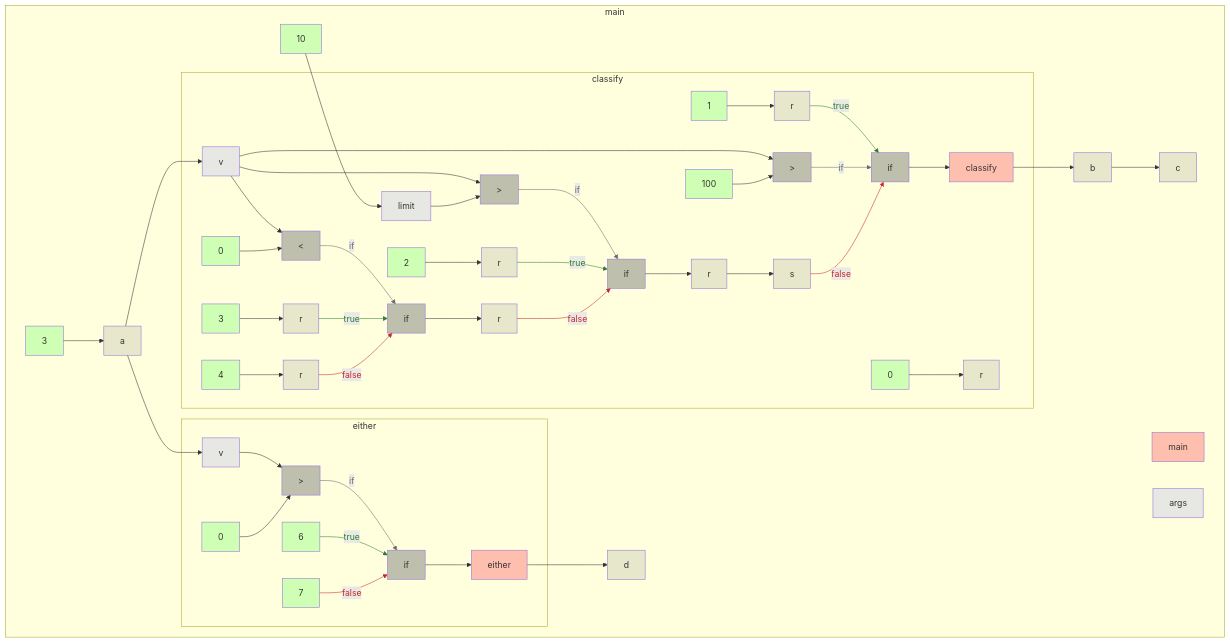
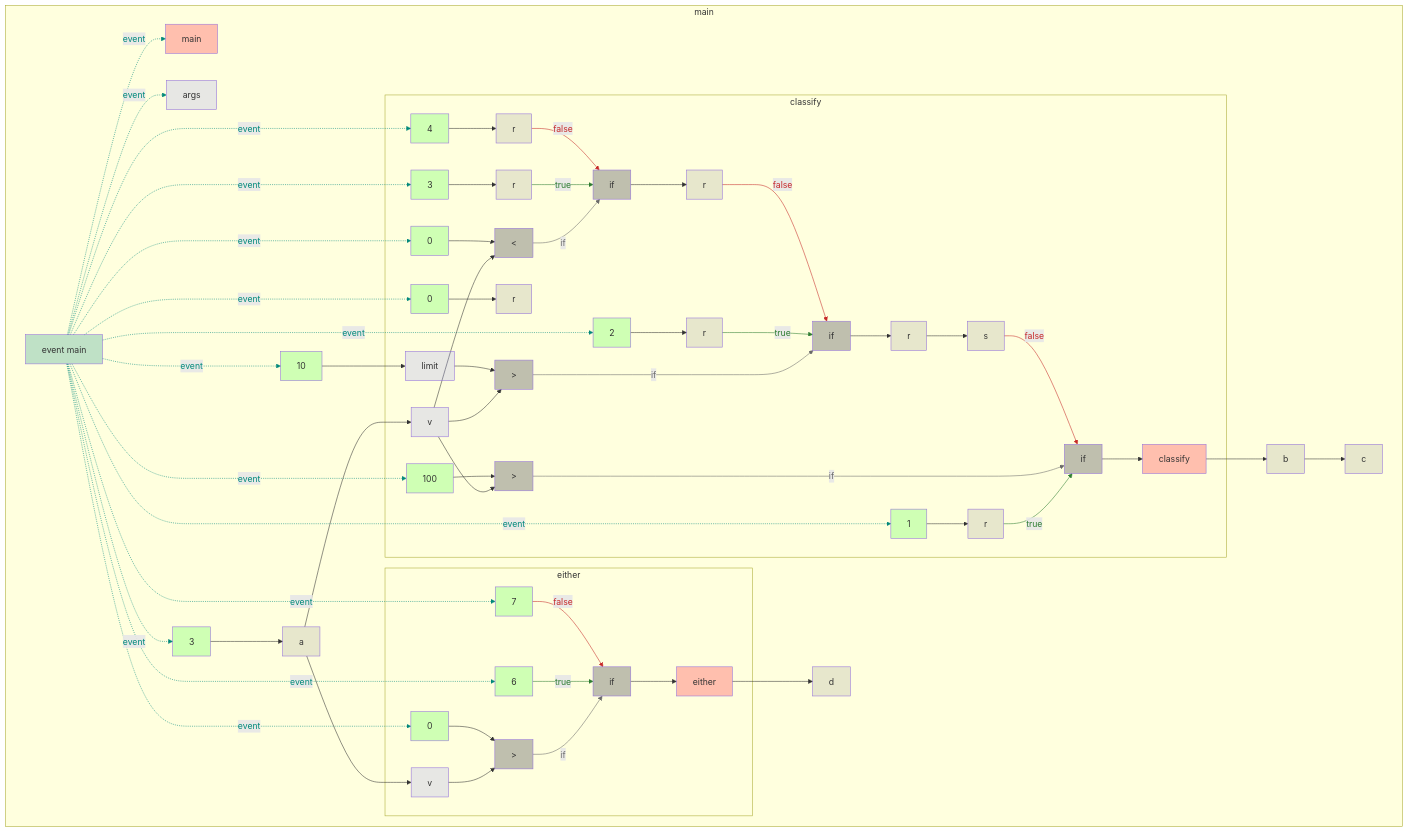
One commit to gstiebler/codeflow changed the diagram in app/src/test/resources/if2/snapshot.md. Above: the diagram before and after it, drawn with Mermaid. The commit also changed 77 other files, not shown here.

````diff
--- a/app/src/test/resources/if2/snapshot.md
+++ b/app/src/test/resources/if2/snapshot.md
@@ -1,99 +1,128 @@
 ```mermaid
 flowchart TD
   subgraph b0["main"]
-    n1[main]:::RETURN
-    n2[args]:::FUNC_PARAM
-    n3[3]:::LITERAL
-    n4[a]:::VARIABLE
-    n5[10]:::LITERAL
-    n31[b]:::VARIABLE
-    n32[c]:::VARIABLE
-    n41[d]:::VARIABLE
-    n3[3]:::LITERAL --> n4[a]:::VARIABLE
-    n4[a]:::VARIABLE --> n8[v]:::FUNC_PARAM
-    n4[a]:::VARIABLE --> n35[v]:::FUNC_PARAM
-    n5[10]:::LITERAL --> n9[limit]:::FUNC_PARAM
-    n31[b]:::VARIABLE --> n32[c]:::VARIABLE
-    n7[classify]:::RETURN --> n31[b]:::VARIABLE
-    n34[either]:::RETURN --> n41[d]:::VARIABLE
-    subgraph b6["classify"]
-      n7[classify]:::RETURN
-      n8[v]:::FUNC_PARAM
-      n9[limit]:::FUNC_PARAM
-      n10[0]:::LITERAL
-      n11[r]:::VARIABLE
-      n12[>]:::BIN_OP
-      n13[1]:::LITERAL
-      n14[r]:::VARIABLE
-      n15[100]:::LITERAL
-      n16[>]:::BIN_OP
-      n17[2]:::LITERAL
-      n18[r]:::VARIABLE
-      n19[0]:::LITERAL
-      n20[<]:::BIN_OP
-      n21[3]:::LITERAL
-      n22[r]:::VARIABLE
-      n23[4]:::LITERAL
-      n24[r]:::VARIABLE
-      n25[if]:::BIN_OP
-      n26[r]:::VARIABLE
-      n27[if]:::BIN_OP
-      n28[r]:::VARIABLE
-      n29[s]:::VARIABLE
-      n30[if]:::BIN_OP
-      n8[v]:::FUNC_PARAM --> n12[>]:::BIN_OP
-      n8[v]:::FUNC_PARAM --> n16[>]:::BIN_OP
-      n8[v]:::FUNC_PARAM --> n20[<]:::BIN_OP
-      n9[limit]:::FUNC_PARAM --> n12[>]:::BIN_OP
-      n10[0]:::LITERAL --> n11[r]:::VARIABLE
-      n12[>]:::BIN_OP -->|if| n27[if]:::BIN_OP
-      n13[1]:::LITERAL --> n14[r]:::VARIABLE
-      n14[r]:::VARIABLE -->|true| n30[if]:::BIN_OP
-      n15[100]:::LITERAL --> n16[>]:::BIN_OP
-      n16[>]:::BIN_OP -->|if| n30[if]:::BIN_OP
-      n17[2]:::LITERAL --> n18[r]:::VARIABLE
-      n18[r]:::VARIABLE -->|true| n27[if]:::BIN_OP
-      n19[0]:::LITERAL --> n20[<]:::BIN_OP
-      n20[<]:::BIN_OP -->|if| n25[if]:::BIN_OP
-      n21[3]:::LITERAL --> n22[r]:::VARIABLE
-      n22[r]:::VARIABLE -->|true| n25[if]:::BIN_OP
-      n23[4]:::LITERAL --> n24[r]:::VARIABLE
-      n24[r]:::VARIABLE -->|false| n25[if]:::BIN_OP
-      n25[if]:::BIN_OP --> n26[r]:::VARIABLE
-      n26[r]:::VARIABLE -->|false| n27[if]:::BIN_OP
-      n27[if]:::BIN_OP --> n28[r]:::VARIABLE
-      n28[r]:::VARIABLE --> n29[s]:::VARIABLE
-      n29[s]:::VARIABLE -->|false| n30[if]:::BIN_OP
-      n30[if]:::BIN_OP --> n7[classify]:::RETURN
+    n1[event main]:::EVENT
+    n2[main]:::RETURN
+    n3[args]:::FUNC_PARAM
+    n4[3]:::LITERAL
+    n5[a]:::VARIABLE
+    n6[10]:::LITERAL
+    n32[b]:::VARIABLE
+    n33[c]:::VARIABLE
+    n42[d]:::VARIABLE
+    n1[event main]:::EVENT -. event .-> n2[main]:::RETURN
+    n1[event main]:::EVENT -. event .-> n3[args]:::FUNC_PARAM
+    n1[event main]:::EVENT -. event .-> n4[3]:::LITERAL
+    n1[event main]:::EVENT -. event .-> n6[10]:::LITERAL
+    n1[event main]:::EVENT -. event .-> n11[0]:::LITERAL
+    n1[event main]:::EVENT -. event .-> n14[1]:::LITERAL
+    n1[event main]:::EVENT -. event .-> n16[100]:::LITERAL
+    n1[event main]:::EVENT -. event .-> n18[2]:::LITERAL
+    n1[event main]:::EVENT -. event .-> n20[0]:::LITERAL
+    n1[event main]:::EVENT -. event .-> n22[3]:::LITERAL
+    n1[event main]:::EVENT -. event .-> n24[4]:::LITERAL
+    n1[event main]:::EVENT -. event .-> n37[0]:::LITERAL
+    n1[event main]:::EVENT -. event .-> n39[6]:::LITERAL
+    n1[event main]:::EVENT -. event .-> n40[7]:::LITERAL
+    n4[3]:::LITERAL --> n5[a]:::VARIABLE
+    n5[a]:::VARIABLE --> n9[v]:::FUNC_PARAM
+    n5[a]:::VARIABLE --> n36[v]:::FUNC_PARAM
+    n6[10]:::LITERAL --> n10[limit]:::FUNC_PARAM
+    n32[b]:::VARIABLE --> n33[c]:::VARIABLE
+    n8[classify]:::RETURN --> n32[b]:::VARIABLE
+    n35[either]:::RETURN --> n42[d]:::VARIABLE
+    subgraph b7["classify"]
+      n8[classify]:::RETURN
+      n9[v]:::FUNC_PARAM
+      n10[limit]:::FUNC_PARAM
+      n11[0]:::LITERAL
+      n12[r]:::VARIABLE
+      n13[>]:::BIN_OP
+      n14[1]:::LITERAL
+      n15[r]:::VARIABLE
+      n16[100]:::LITERAL
+      n17[>]:::BIN_OP
+      n18[2]:::LITERAL
+      n19[r]:::VARIABLE
+      n20[0]:::LITERAL
+      n21[<]:::BIN_OP
+      n22[3]:::LITERAL
+      n23[r]:::VARIABLE
+      n24[4]:::LITERAL
+      n25[r]:::VARIABLE
+      n26[if]:::BIN_OP
+      n27[r]:::VARIABLE
+      n28[if]:::BIN_OP
+      n29[r]:::VARIABLE
+      n30[s]:::VARIABLE
+      n31[if]:::BIN_OP
+      n9[v]:::FUNC_PARAM --> n13[>]:::BIN_OP
+      n9[v]:::FUNC_PARAM --> n17[>]:::BIN_OP
+      n9[v]:::FUNC_PARAM --> n21[<]:::BIN_OP
+      n10[limit]:::FUNC_PARAM --> n13[>]:::BIN_OP
+      n11[0]:::LITERAL --> n12[r]:::VARIABLE
+      n13[>]:::BIN_OP -->|if| n28[if]:::BIN_OP
+      n14[1]:::LITERAL --> n15[r]:::VARIABLE
+      n15[r]:::VARIABLE -->|true| n31[if]:::BIN_OP
+      n16[100]:::LITERAL --> n17[>]:::BIN_OP
+      n17[>]:::BIN_OP -->|if| n31[if]:::BIN_OP
+      n18[2]:::LITERAL --> n19[r]:::VARIABLE
+      n19[r]:::VARIABLE -->|true| n28[if]:::BIN_OP
+      n20[0]:::LITERAL --> n21[<]:::BIN_OP
+      n21[<]:::BIN_OP -->|if| n26[if]:::BIN_OP
+      n22[3]:::LITERAL --> n23[r]:::VARIABLE
+      n23[r]:::VARIABLE -->|true| n26[if]:::BIN_OP
+      n24[4]:::LITERAL --> n25[r]:::VARIABLE
+      n25[r]:::VARIABLE -->|false| n26[if]:::BIN_OP
+      n26[if]:::BIN_OP --> n27[r]:::VARIABLE
+      n27[r]:::VARIABLE -->|false| n28[if]:::BIN_OP
+      n28[if]:::BIN_OP --> n29[r]:::VARIABLE
+      n29[r]:::VARIABLE --> n30[s]:::VARIABLE
+      n30[s]:::VARIABLE -->|false| n31[if]:::BIN_OP
+      n31[if]:::BIN_OP --> n8[classify]:::RETURN
     end
-    subgraph b33["either"]
-      n34[either]:::RETURN
-      n35[v]:::FUNC_PARAM
-      n36[0]:::LITERAL
-      n37[>]:::BIN_OP
-      n38[6]:::LITERAL
-      n39[7]:::LITERAL
-      n40[if]:::BIN_OP
-      n35[v]:::FUNC_PARAM --> n37[>]:::BIN_OP
-      n36[0]:::LITERAL --> n37[>]:::BIN_OP
-      n37[>]:::BIN_OP -->|if| n40[if]:::BIN_OP
-      n38[6]:::LITERAL -->|true| n40[if]:::BIN_OP
-      n39[7]:::LITERAL -->|false| n40[if]:::BIN_OP
-      n40[if]:::BIN_OP --> n34[either]:::RETURN
+    subgraph b34["either"]
+      n35[either]:::RETURN
+      n36[v]:::FUNC_PARAM
+      n37[0]:::LITERAL
+      n38[>]:::BIN_OP
+      n39[6]:::LITERAL
+      n40[7]:::LITERAL
+      n41[if]:::BIN_OP
+      n36[v]:::FUNC_PARAM --> n38[>]:::BIN_OP
+      n37[0]:::LITERAL --> n38[>]:::BIN_OP
+      n38[>]:::BIN_OP -->|if| n41[if]:::BIN_OP
+      n39[6]:::LITERAL -->|true| n41[if]:::BIN_OP
+      n40[7]:::LITERAL -->|false| n41[if]:::BIN_OP
+      n41[if]:::BIN_OP --> n35[either]:::RETURN
     end
   end
-  linkStyle 12 stroke:#6a6a6a,color:#6a6a6a
-  linkStyle 14 stroke:#2e7d32,color:#2e7d32
-  linkStyle 16 stroke:#6a6a6a,color:#6a6a6a
-  linkStyle 18 stroke:#2e7d32,color:#2e7d32
-  linkStyle 20 stroke:#6a6a6a,color:#6a6a6a
-  linkStyle 22 stroke:#2e7d32,color:#2e7d32
-  linkStyle 24 stroke:#c62828,color:#c62828
-  linkStyle 26 stroke:#c62828,color:#c62828
-  linkStyle 29 stroke:#c62828,color:#c62828
-  linkStyle 33 stroke:#6a6a6a,color:#6a6a6a
-  linkStyle 34 stroke:#2e7d32,color:#2e7d32
-  linkStyle 35 stroke:#c62828,color:#c62828
+  linkStyle 0 stroke:#00897b,color:#00897b
+  linkStyle 1 stroke:#00897b,color:#00897b
+  linkStyle 2 stroke:#00897b,color:#00897b
+  linkStyle 3 stroke:#00897b,color:#00897b
+  linkStyle 4 stroke:#00897b,color:#00897b
+  linkStyle 5 stroke:#00897b,color:#00897b
+  linkStyle 6 stroke:#00897b,color:#00897b
+  linkStyle 7 stroke:#00897b,color:#00897b
+  linkStyle 8 stroke:#00897b,color:#00897b
+  linkStyle 9 stroke:#00897b,color:#00897b
+  linkStyle 10 stroke:#00897b,color:#00897b
+  linkStyle 11 stroke:#00897b,color:#00897b
+  linkStyle 12 stroke:#00897b,color:#00897b
+  linkStyle 13 stroke:#00897b,color:#00897b
+  linkStyle 26 stroke:#6a6a6a,color:#6a6a6a
+  linkStyle 28 stroke:#2e7d32,color:#2e7d32
+  linkStyle 30 stroke:#6a6a6a,color:#6a6a6a
+  linkStyle 32 stroke:#2e7d32,color:#2e7d32
+  linkStyle 34 stroke:#6a6a6a,color:#6a6a6a
+  linkStyle 36 stroke:#2e7d32,color:#2e7d32
+  linkStyle 38 stroke:#c62828,color:#c62828
+  linkStyle 40 stroke:#c62828,color:#c62828
+  linkStyle 43 stroke:#c62828,color:#c62828
+  linkStyle 47 stroke:#6a6a6a,color:#6a6a6a
+  linkStyle 48 stroke:#2e7d32,color:#2e7d32
+  linkStyle 49 stroke:#c62828,color:#c62828
   classDef LITERAL fill:#00FF0030
   classDef VARIABLE fill:#80808030
   classDef BIN_OP fill:#80808080
@@ -101,4 +130,5 @@
   classDef RETURN fill:#FF808080
   classDef EXTERNAL fill:#FFA50040
   classDef UNMODELLED fill:#FF000030,stroke-dasharray: 4 2
+  classDef EVENT fill:#00897B40
 ```
````
